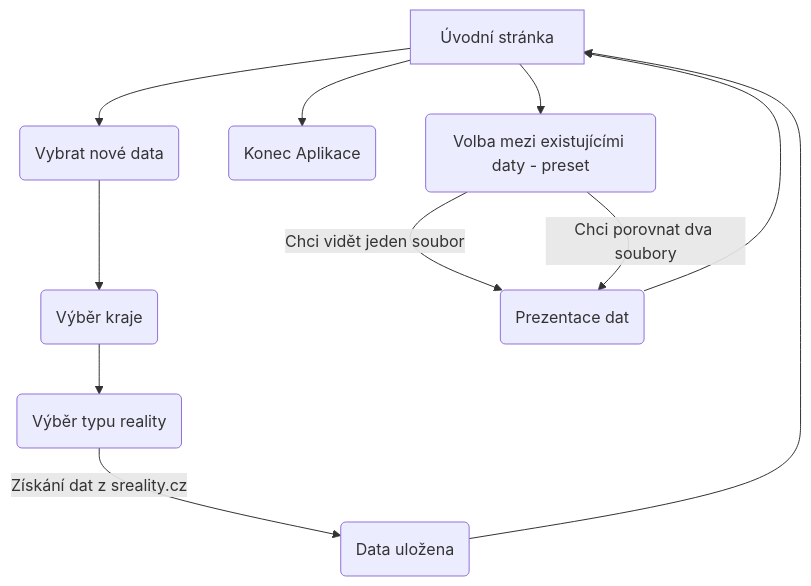
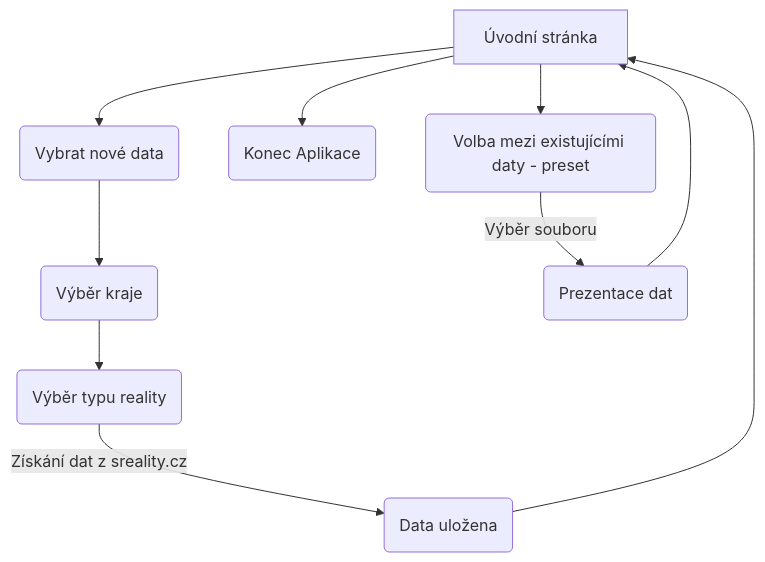
Before and after one commit to konerzajakub/TestGitWednesday: the first of 2 diagrams in README.md, drawn with Mermaid.

````diff
--- a/README.md
+++ b/README.md
@@ -36,35 +36,34 @@
 ```mermaid
 flowchart TD
     %% A = Úvodní stránka
     %% B = Výběr nových dat
     %% D = Volba mezi existujícími daty
     %% E = Získání dat z sreality.cz
     %% F = Zobrazení dat
 
     %% Úvodní stránka
     A[Úvodní stránka] --> newData(Vybrat nové data)
     A --> konec(Konec Aplikace)
     
     newData --> lokalita(Výběr kraje)
 
     lokalita(Výběr kraje)-->typ(Výběr typu reality)
     
     %% Výběr nových dat
     typ --> |Získání dat z sreality.cz| E(Data uložena)
     E --> A
-    D --> |Chci vidět jeden soubor| F
-    D --> |Chci porovnat dva soubory| F(Prezentace dat)
+    D --> |Výběr souboru| F(Prezentace dat)
 
     F --> A
 
     
 
     %% Volba mezi existujícími daty
     A --> D(Volba mezi existujícími daty - preset)
     
 
     %% Go back
     %%B --> A 
     %%D --> A 
     %%F --> D 
 ```
````
